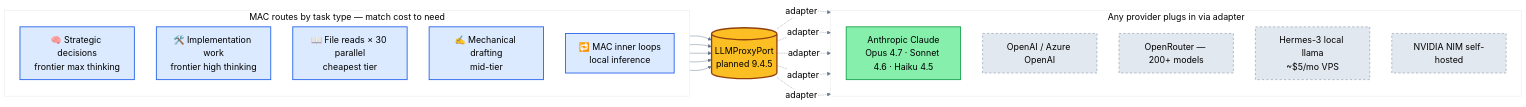
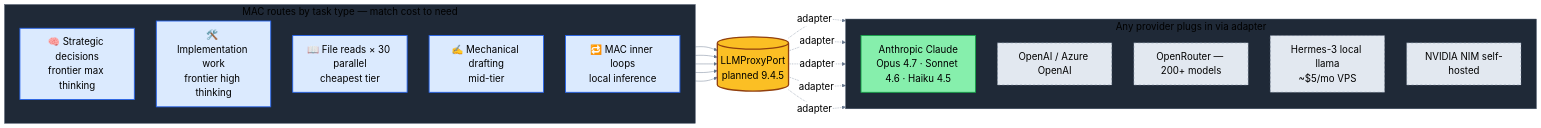
One commit to verdaca/VERDACA changed the sixth of 13 diagrams in docs/architecture-diagrams.md. Above: the diagram before and after it, drawn with Mermaid. The commit also changed other lines of this file, not shown here.

Commit message:
docs: force-bump font size to 22px on Diagrams 3, 6, 12 via classDef
The themeVariables fontSize directive was being silently ignored by the
IDE mermaid renderer — Diagram 3 was rendering at the same default size
as Diagram 4 (the smaller engineering tier) despite the init directive.

Fix: bake font-size:22px directly into every classDef on Diagrams 3, 6,
and 12. classDef CSS-style properties are applied at the SVG node level
and cannot be overridden by renderer defaults. Bumped init fontSize to
22px to match, plus added clusterBkg/clusterBorder for subgraph parity.

This guarantees Diagrams 3, 6, 12 render visibly larger than the dense
engineering diagrams (8, 9, 10, 11) regardless of which mermaid version
or theme the viewer uses.

````diff
--- a/docs/architecture-diagrams.md
+++ b/docs/architecture-diagrams.md
@@ -174,40 +174,40 @@
 ```mermaid
-%%{init: {'theme': 'base', 'themeVariables': {'fontSize': '20px', 'primaryColor': '#fff', 'primaryTextColor': '#000', 'lineColor': '#64748b', 'nodeBorder': '#000'}}}%%
+%%{init: {'theme': 'base', 'themeVariables': {'fontSize': '22px', 'primaryColor': '#fff', 'primaryTextColor': '#000', 'lineColor': '#64748b', 'nodeBorder': '#000', 'clusterBkg': '#1f2937', 'clusterBorder': '#475569'}}}%%
 flowchart LR
     subgraph TASKS["MAC routes by task type — match cost to need"]
         direction TB
         T1["🧠 Strategic decisions<br/>frontier max thinking"]:::task
         T2["🛠️ Implementation work<br/>frontier high thinking"]:::task
         T3["📖 File reads × 30 parallel<br/>cheapest tier"]:::task
         T4["✍️ Mechanical drafting<br/>mid-tier"]:::task
         T5["🔁 MAC inner loops<br/>local inference"]:::task
     end
 
     PORT[("LLMProxyPort<br/>planned 9.4.5")]:::port
 
     subgraph PROVIDERS["Any provider plugs in via adapter"]
         direction TB
         P1["Anthropic Claude<br/>Opus 4.7 · Sonnet 4.6 · Haiku 4.5"]:::done
         P2["OpenAI / Azure OpenAI"]:::planned
         P3["OpenRouter — 200+ models"]:::planned
         P4["Hermes-3 local llama<br/>~$5/mo VPS"]:::planned
         P5["NVIDIA NIM self-hosted"]:::planned
     end
 
     T1 --> PORT
     T2 --> PORT
     T3 --> PORT
     T4 --> PORT
     T5 --> PORT
 
     PORT -.adapter.-> P1
     PORT -.adapter.-> P2
     PORT -.adapter.-> P3
     PORT -.adapter.-> P4
     PORT -.adapter.-> P5
 
-    classDef task fill:#dbeafe,stroke:#2563eb,stroke-width:2px,color:#000
-    classDef port fill:#fbbf24,stroke:#92400e,stroke-width:3px,color:#000
-    classDef done fill:#86efac,stroke:#16a34a,stroke-width:2px,color:#000
-    classDef planned fill:#e2e8f0,stroke:#64748b,stroke-width:1px,color:#000,stroke-dasharray: 5 5
+    classDef task fill:#dbeafe,stroke:#2563eb,stroke-width:2px,color:#000,font-size:22px
+    classDef port fill:#fbbf24,stroke:#92400e,stroke-width:3px,color:#000,font-size:22px
+    classDef done fill:#86efac,stroke:#16a34a,stroke-width:2px,color:#000,font-size:22px
+    classDef planned fill:#e2e8f0,stroke:#64748b,stroke-width:1px,color:#000,stroke-dasharray: 5 5,font-size:22px
 ```
````
